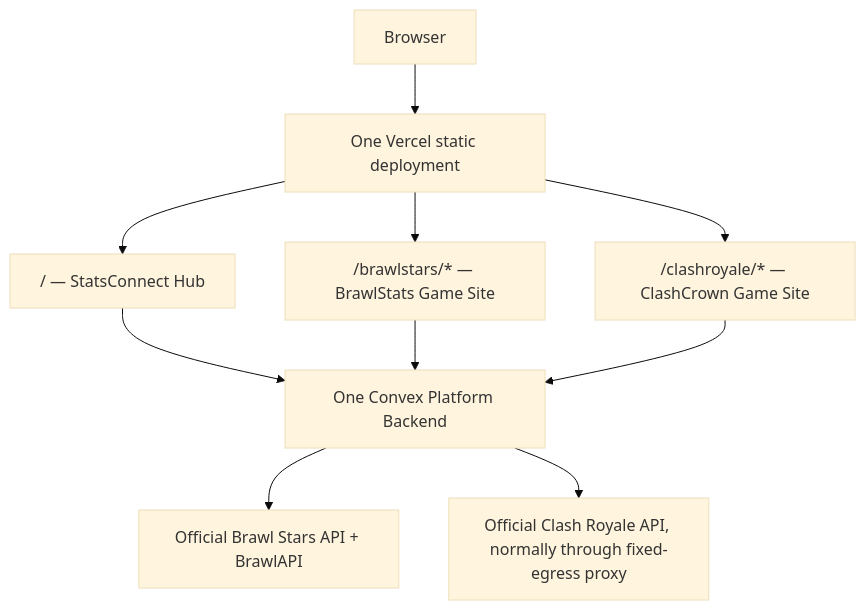
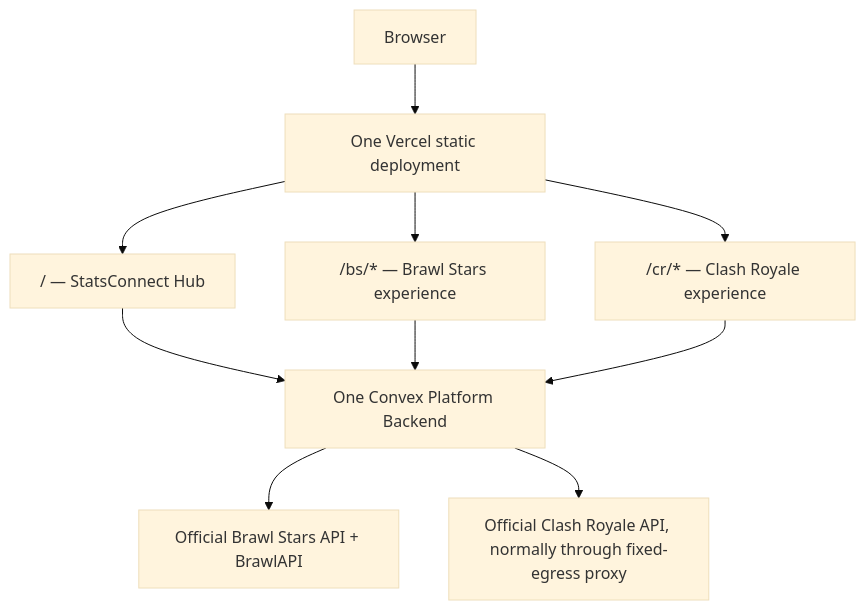
Before and after one commit to JuanQuenga/statsconnect: the diagram in CONTRIBUTING.md, drawn with Mermaid (base theme). The commit also changed other lines of this file and 87 other files, not shown here.

Commit message:
Unify StatsConnect profile tracking and game routes

````diff
--- a/CONTRIBUTING.md
+++ b/CONTRIBUTING.md
@@ -20,12 +20,12 @@
 ```mermaid
 flowchart TD
   Browser["Browser"] --> Vercel["One Vercel static deployment"]
   Vercel --> Hub["/ — StatsConnect Hub"]
-  Vercel --> Brawl["/brawlstars/* — BrawlStats Game Site"]
-  Vercel --> Clash["/clashroyale/* — ClashCrown Game Site"]
+  Vercel --> Brawl["/bs/* — Brawl Stars experience"]
+  Vercel --> Clash["/cr/* — Clash Royale experience"]
   Hub --> Convex["One Convex Platform Backend"]
   Brawl --> Convex
   Clash --> Convex
   Convex --> BrawlAPI["Official Brawl Stars API + BrawlAPI"]
   Convex --> ClashAPI["Official Clash Royale API, normally through fixed-egress proxy"]
 ```
````
